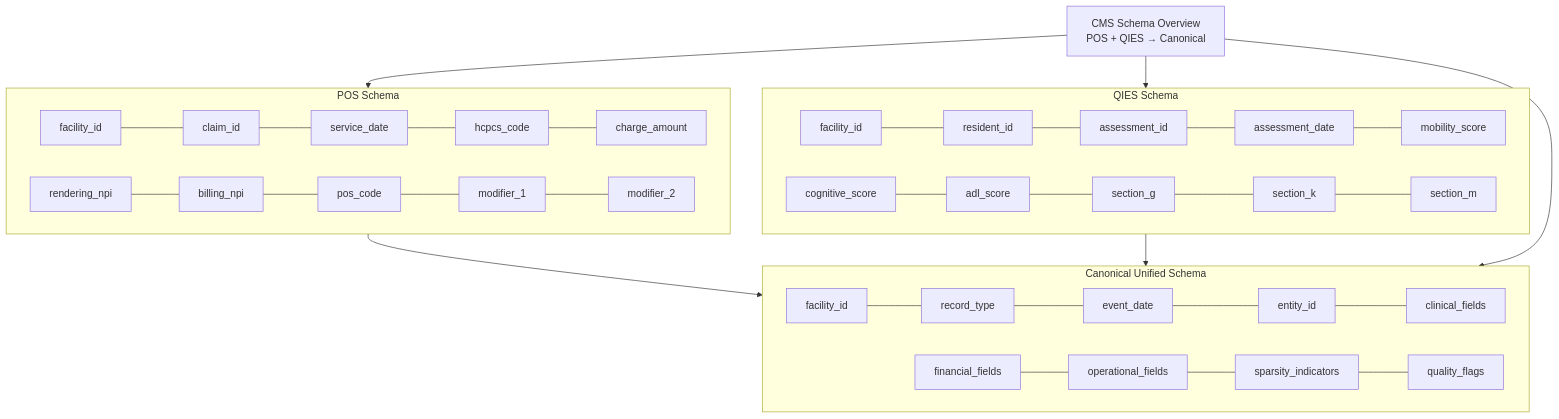
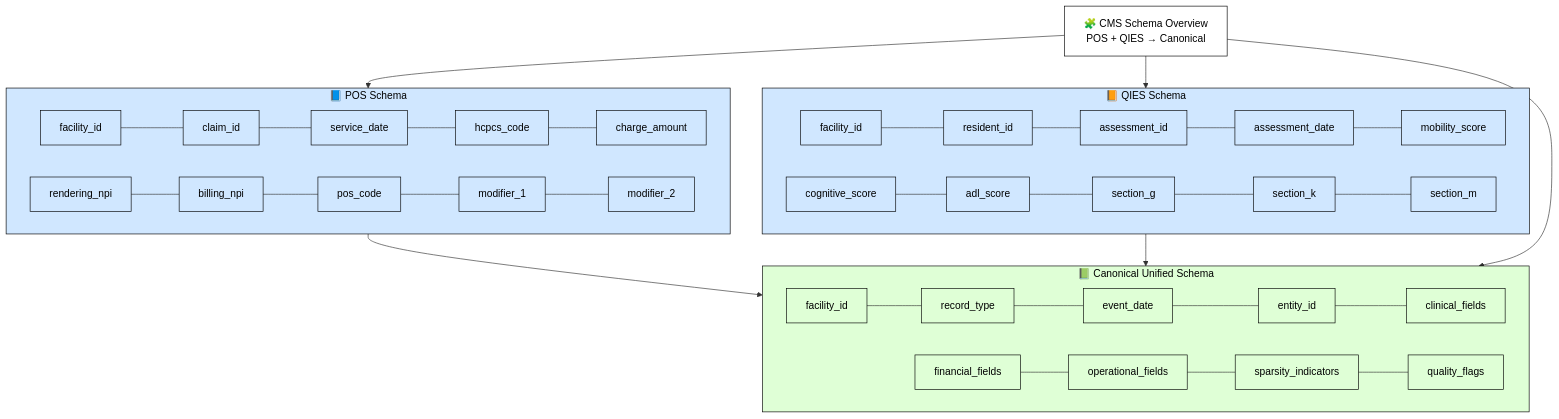
The diagram in diagrams/schema_overview.md (bdeng1018/cms-data-quality-and-ingestion), drawn with Mermaid before and after one commit. The commit also changed other lines of this file and 62 other files, not shown here.

````diff
--- a/diagrams/schema_overview.md
+++ b/diagrams/schema_overview.md
@@ -3,36 +3,62 @@
 ```mermaid
 flowchart TD
     %% Title
-    A0["CMS Schema Overview<br/>POS + QIES → Canonical"]
+    A0["🧩 CMS Schema Overview<br/>POS + QIES → Canonical"]
 
-    %% POS Schema
-    subgraph POS["POS Schema"]
+    %% POS Schema (blue)
+    subgraph POS["📘 POS Schema"]
         direction LR
-        %% Row 1
-        P1["facility_id"] --- P2["claim_id"] --- P3["service_date"] --- P4["hcpcs_code"] --- P5["charge_amount"]
-        %% Row 2
-        P6["rendering_npi"] --- P7["billing_npi"] --- P8["pos_code"] --- P9["modifier_1"] --- P10["modifier_2"]
+        P1["facility_id"]
+        P2["claim_id"]
+        P3["service_date"]
+        P4["hcpcs_code"]
+        P5["charge_amount"]
+        P6["rendering_npi"]
+        P7["billing_npi"]
+        P8["pos_code"]
+        P9["modifier_1"]
+        P10["modifier_2"]
+
+        P1 --- P2 --- P3 --- P4 --- P5
+        P6 --- P7 --- P8 --- P9 --- P10
     end
 
-    %% QIES Schema
-    subgraph QIES["QIES Schema"]
+    %% QIES Schema (blue)
+    subgraph QIES["📙 QIES Schema"]
         direction LR
-        %% Row 1
-        Q1["facility_id"] --- Q2["resident_id"] --- Q3["assessment_id"] --- Q4["assessment_date"] --- Q5["mobility_score"]
-        %% Row 2
-        Q6["cognitive_score"] --- Q7["adl_score"] --- Q8["section_g"] --- Q9["section_k"] --- Q10["section_m"]
+        Q1["facility_id"]
+        Q2["resident_id"]
+        Q3["assessment_id"]
+        Q4["assessment_date"]
+        Q5["mobility_score"]
+        Q6["cognitive_score"]
+        Q7["adl_score"]
+        Q8["section_g"]
+        Q9["section_k"]
+        Q10["section_m"]
+
+        Q1 --- Q2 --- Q3 --- Q4 --- Q5
+        Q6 --- Q7 --- Q8 --- Q9 --- Q10
     end
 
-    %% Canonical Unified Schema
-    subgraph CAN["Canonical Unified Schema"]
+    %% Canonical Unified Schema (green)
+    subgraph CAN["📗 Canonical Unified Schema"]
         direction LR
-        %% Row 1
-        C1["facility_id"] --- C2["record_type"] --- C3["event_date"] --- C4["entity_id"] --- C5["clinical_fields"]
-        %% Row 2
-        C6["financial_fields"] --- C7["operational_fields"] --- C8["sparsity_indicators"] --- C9["quality_flags"]
+        C1["facility_id"]
+        C2["record_type"]
+        C3["event_date"]
+        C4["entity_id"]
+        C5["clinical_fields"]
+        C6["financial_fields"]
+        C7["operational_fields"]
+        C8["sparsity_indicators"]
+        C9["quality_flags"]
+
+        C1 --- C2 --- C3 --- C4 --- C5
+        C6 --- C7 --- C8 --- C9
     end
 
-    %% Clean mapping arrows (subgraph → subgraph)
+    %% Mapping arrows
     POS --> CAN
     QIES --> CAN
 
@@ -40,4 +66,49 @@
     A0 --> POS
     A0 --> QIES
     A0 --> CAN
+
+    %% ============================
+    %% COLOR CODING
+    %% ============================
+
+    %% POS (blue)
+    style POS fill:#D0E7FF,stroke:#000,color:#000
+    style P1 fill:#D0E7FF,stroke:#000,color:#000
+    style P2 fill:#D0E7FF,stroke:#000,color:#000
+    style P3 fill:#D0E7FF,stroke:#000,color:#000
+    style P4 fill:#D0E7FF,stroke:#000,color:#000
+    style P5 fill:#D0E7FF,stroke:#000,color:#000
+    style P6 fill:#D0E7FF,stroke:#000,color:#000
+    style P7 fill:#D0E7FF,stroke:#000,color:#000
+    style P8 fill:#D0E7FF,stroke:#000,color:#000
+    style P9 fill:#D0E7FF,stroke:#000,color:#000
+    style P10 fill:#D0E7FF,stroke:#000,color:#000
+
+    %% QIES (blue)
+    style QIES fill:#D0E7FF,stroke:#000,color:#000
+    style Q1 fill:#D0E7FF,stroke:#000,color:#000
+    style Q2 fill:#D0E7FF,stroke:#000,color:#000
+    style Q3 fill:#D0E7FF,stroke:#000,color:#000
+    style Q4 fill:#D0E7FF,stroke:#000,color:#000
+    style Q5 fill:#D0E7FF,stroke:#000,color:#000
+    style Q6 fill:#D0E7FF,stroke:#000,color:#000
+    style Q7 fill:#D0E7FF,stroke:#000,color:#000
+    style Q8 fill:#D0E7FF,stroke:#000,color:#000
+    style Q9 fill:#D0E7FF,stroke:#000,color:#000
+    style Q10 fill:#D0E7FF,stroke:#000,color:#000
+
+    %% Canonical (green)
+    style CAN fill:#DFFFD6,stroke:#000,color:#000
+    style C1 fill:#DFFFD6,stroke:#000,color:#000
+    style C2 fill:#DFFFD6,stroke:#000,color:#000
+    style C3 fill:#DFFFD6,stroke:#000,color:#000
+    style C4 fill:#DFFFD6,stroke:#000,color:#000
+    style C5 fill:#DFFFD6,stroke:#000,color:#000
+    style C6 fill:#DFFFD6,stroke:#000,color:#000
+    style C7 fill:#DFFFD6,stroke:#000,color:#000
+    style C8 fill:#DFFFD6,stroke:#000,color:#000
+    style C9 fill:#DFFFD6,stroke:#000,color:#000
+
+    %% Title
+    style A0 fill:#FFFFFF,stroke:#000,color:#000
 ```
````
